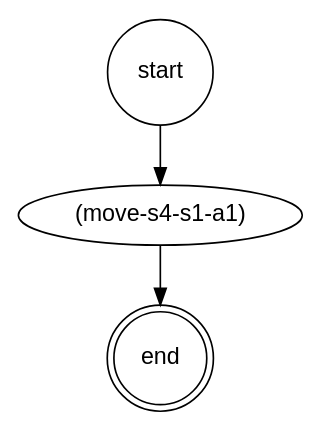
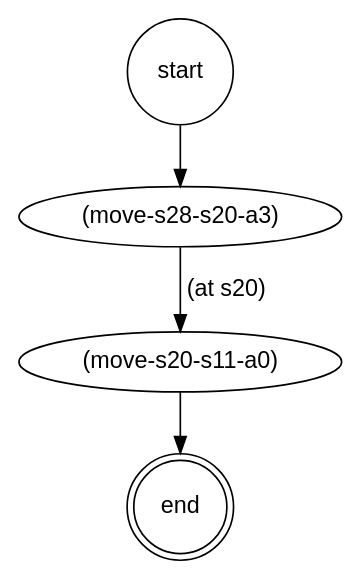
Before and after one commit to carwyn987/latent-symbolic-planning: the diagram in ppddl_output/p01.gv, drawn with Graphviz. The commit also changed 15 other files, not shown here.

```diff
--- a/ppddl_output/p01.gv
+++ b/ppddl_output/p01.gv
@@ -1,16 +1,17 @@
 strict digraph "" {
 	graph [fontname=helvetica];
 	node [fontname=helvetica,
 		label="\N",
 		shape=ellipse
 	];
 	edge [fontname=helvetica];
 	"(end)"	[label=end,
 		peripheries=2,
 		shape=circle];
-	"(move-s4-s1-a1)" -> "(end)";
+	"(move-s20-s11-a0)" -> "(end)";
+	"(move-s28-s20-a3)" -> "(move-s20-s11-a0)"	[label="(at s20)"];
 	"(start)"	[label=start,
 		peripheries=1,
 		shape=circle];
-	"(start)" -> "(move-s4-s1-a1)";
+	"(start)" -> "(move-s28-s20-a3)";
 }
```
